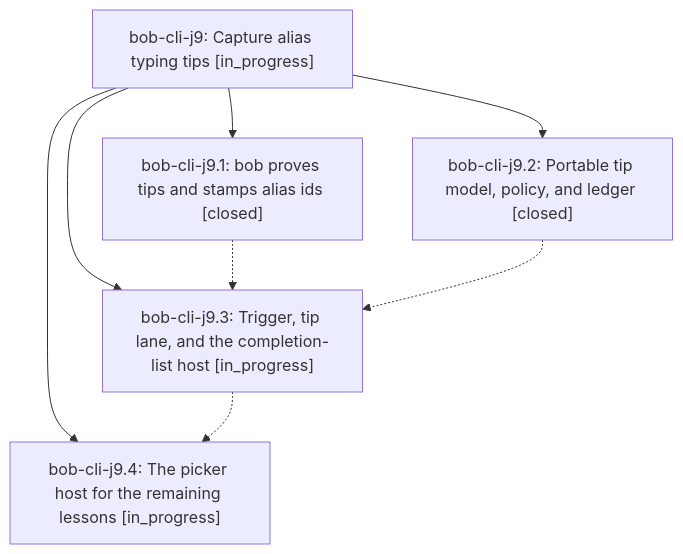
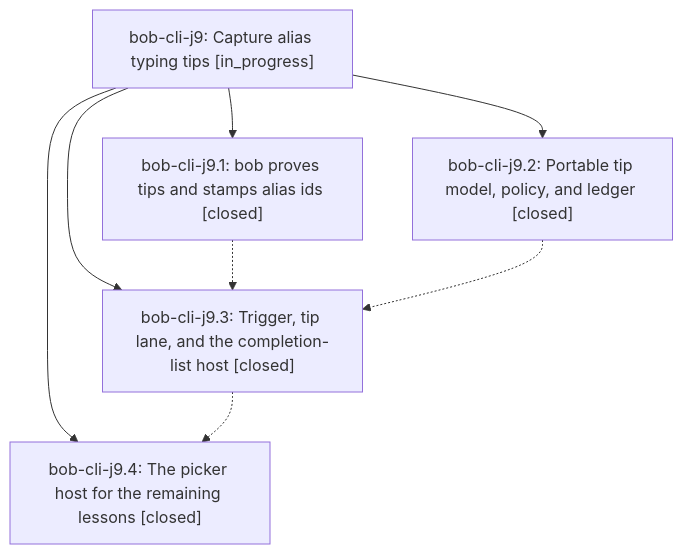
Before and after one commit to bobs-org/bob-cli--beads: the diagram in pages/bob-cli-j9/README.md, drawn with Mermaid. The commit also changed other lines of this file and 4 other files, not shown here.

First line of the commit message:
chore(beads): sync bead state and pages for bob-cli-j9

````diff
--- a/pages/bob-cli-j9/README.md
+++ b/pages/bob-cli-j9/README.md
@@ -39,15 +39,15 @@
 ```mermaid
 flowchart TD
     n0["bob-cli-j9: Capture alias typing tips [in_progress]"]
     n1["bob-cli-j9.1: bob proves tips and stamps alias ids [closed]"]
     n2["bob-cli-j9.2: Portable tip model, policy, and ledger [closed]"]
-    n3["bob-cli-j9.3: Trigger, tip lane, and the completion-list host [in_progress]"]
-    n4["bob-cli-j9.4: The picker host for the remaining lessons [in_progress]"]
+    n3["bob-cli-j9.3: Trigger, tip lane, and the completion-list host [closed]"]
+    n4["bob-cli-j9.4: The picker host for the remaining lessons [closed]"]
     n0 --> n1
     n0 --> n2
     n0 --> n3
     n0 --> n4
     n1 -.-> n3
     n2 -.-> n3
     n3 -.-> n4
 ```
````
